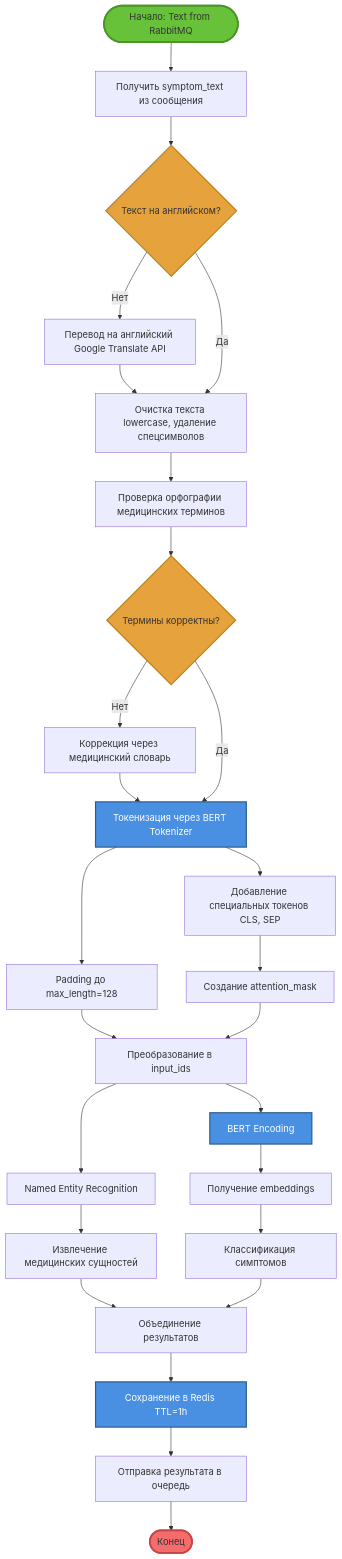
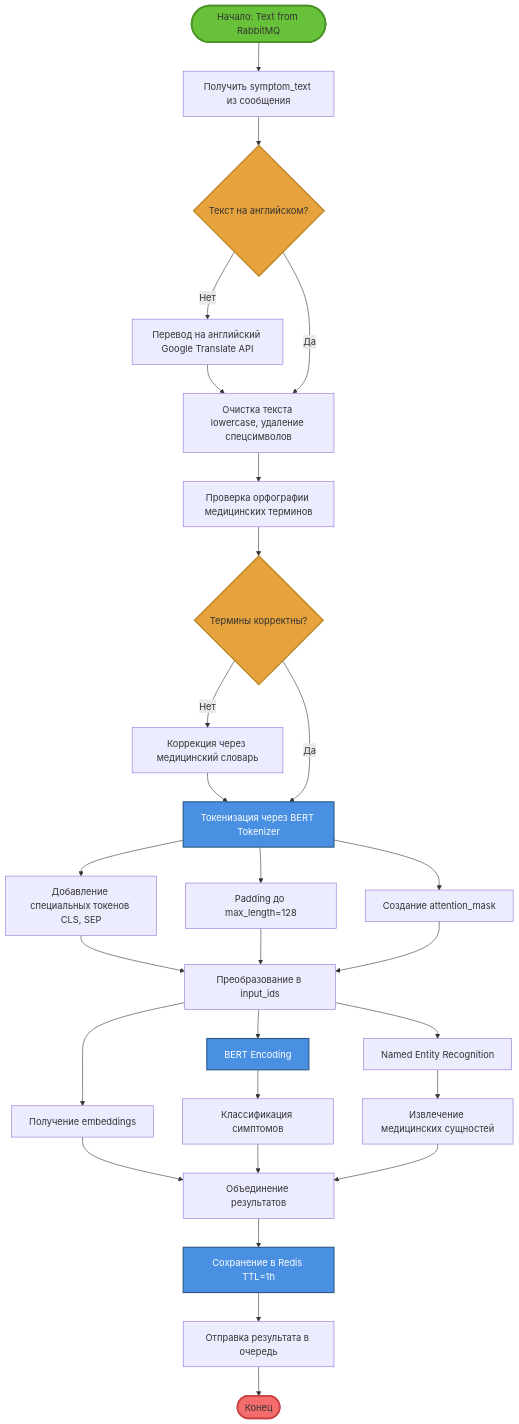
Before and after one commit to Edisheri/system-engineering-playbook: the second of 6 diagrams in src/architecture/uml/text-analysis.md, drawn with Mermaid. The commit also changed other lines of this file and 1 other file, not shown here.

Commit message:
Optimize UML diagrams for screenshots: reduce height by adding more horizontal connections and simplifying Class diagrams

````diff
--- a/src/architecture/uml/text-analysis.md
+++ b/src/architecture/uml/text-analysis.md
@@ -70,64 +70,66 @@
 ```mermaid
 flowchart TD
     Start([Начало: Text from RabbitMQ])
     
     A[Получить symptom_text из сообщения]
     B{Текст на английском?}
     C[Перевод на английский Google Translate API]
     D[Очистка текста lowercase, удаление спецсимволов]
     E[Проверка орфографии медицинских терминов]
     F{Термины корректны?}
     G[Коррекция через медицинский словарь]
     
     H[Токенизация через BERT Tokenizer]
     I[Добавление специальных токенов CLS, SEP]
     J[Padding до max_length=128]
     K[Создание attention_mask]
     L[Преобразование в input_ids]
     
     M[BERT Encoding]
     N[Named Entity Recognition]
     O[Получение embeddings]
     P[Классификация симптомов]
     Q[Извлечение медицинских сущностей]
     R[Объединение результатов]
     S[Сохранение в Redis TTL=1h]
     T[Отправка результата в очередь]
     End([Конец])
     
     Start --> A
     A --> B
     B -->|Нет| C
     C --> D
     B -->|Да| D
     D --> E
     E --> F
     F -->|Нет| G
     G --> H
     F -->|Да| H
     
     H --> I
     H --> J
-    I --> K
+    H --> K
+    I --> L
     J --> L
     K --> L
     
     L --> M
     L --> N
-    M --> O
+    L --> O
+    M --> P
     N --> Q
-    O --> P
+    O --> R
+    P --> R
     Q --> R
-    P --> R
     R --> S
     S --> T
     T --> End
     
     style Start fill:#67c23a,stroke:#4a9428,stroke-width:3px
     style End fill:#f56c6c,stroke:#c94545,stroke-width:3px
     style B fill:#e6a23c,stroke:#b8821e,stroke-width:2px
     style F fill:#e6a23c,stroke:#b8821e,stroke-width:2px
     style H fill:#4a90e2,stroke:#2e5c8a,stroke-width:2px,color:#fff
     style M fill:#4a90e2,stroke:#2e5c8a,stroke-width:2px,color:#fff
     style S fill:#4a90e2,stroke:#2e5c8a,stroke-width:2px,color:#fff
 ```
````
